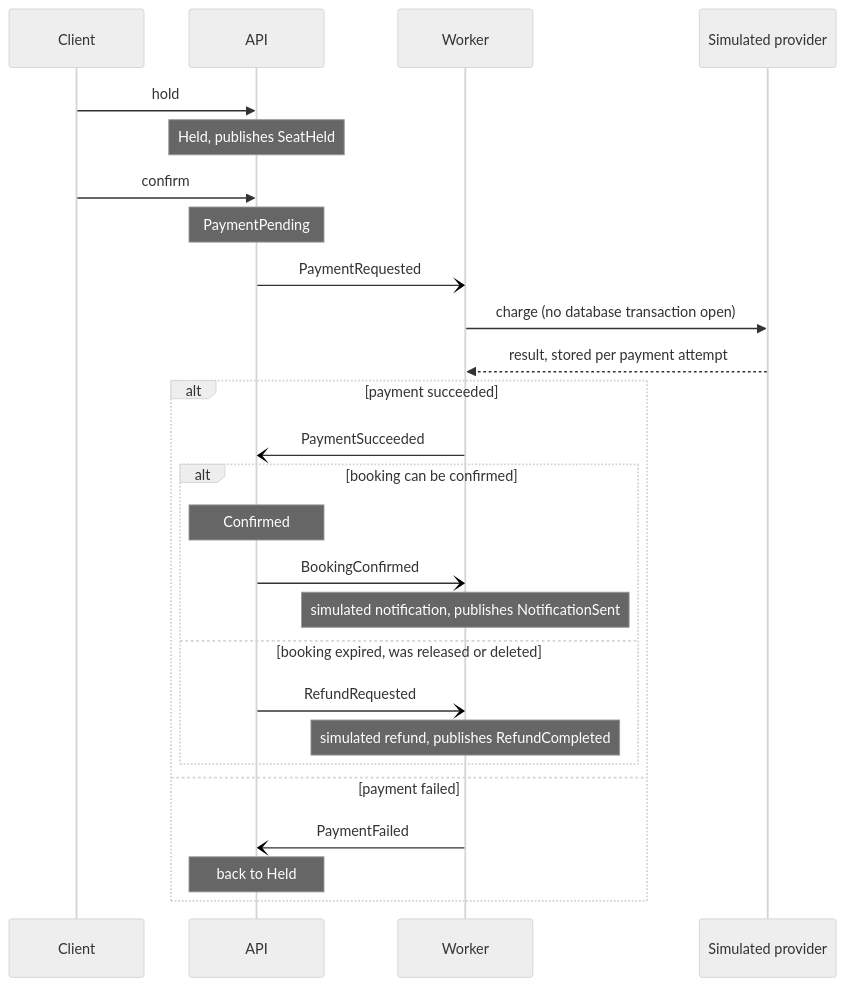
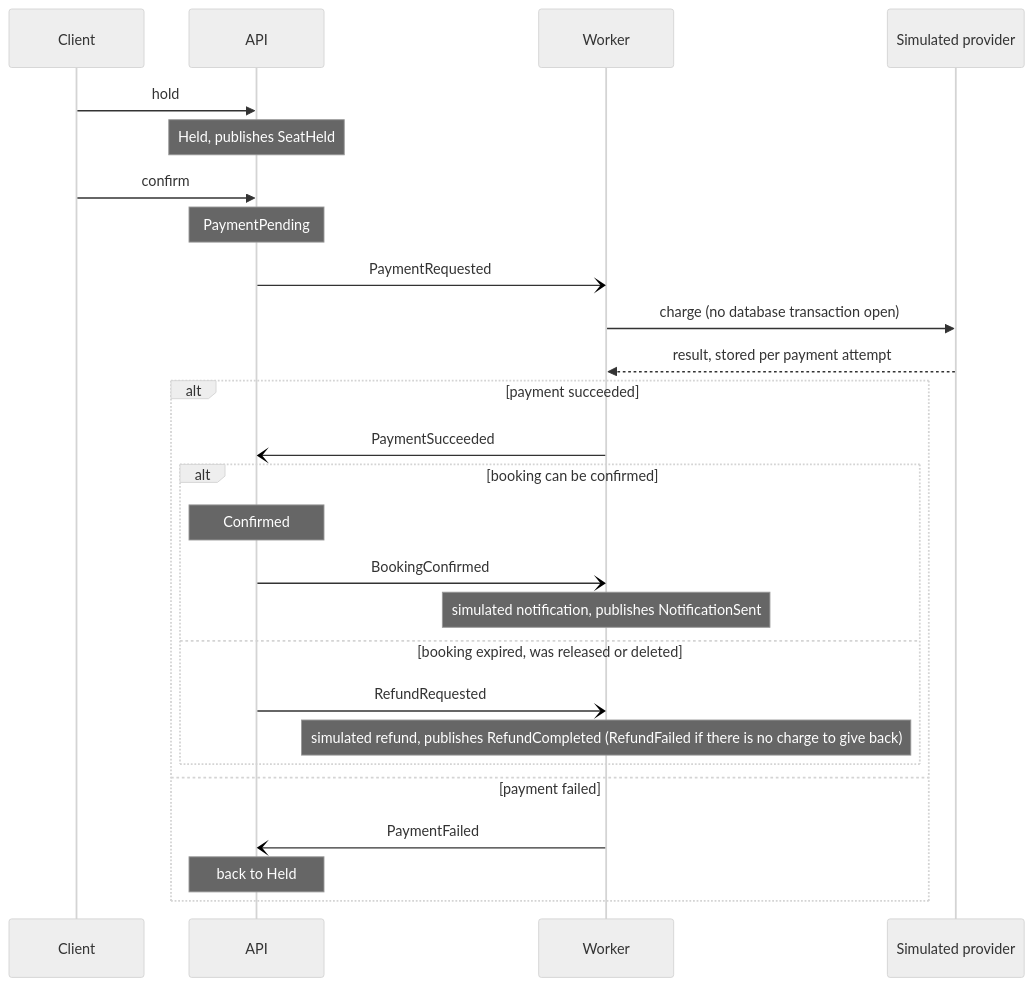
One commit to wingtion/SeatHive changed the diagram in README.md. Above: the diagram before and after it, drawn with Mermaid (neutral theme). The commit also changed other lines of this file and 25 other files, not shown here.

````diff
--- a/README.md
+++ b/README.md
@@ -61,29 +65,29 @@
 ```mermaid
 sequenceDiagram
     participant C as Client
     participant A as API
     participant W as Worker
     participant P as Simulated provider
 
     C->>A: hold
     Note over A: Held, publishes SeatHeld
     C->>A: confirm
     Note over A: PaymentPending
     A-)W: PaymentRequested
     W->>P: charge (no database transaction open)
     P-->>W: result, stored per payment attempt
     alt payment succeeded
         W-)A: PaymentSucceeded
         alt booking can be confirmed
             Note over A: Confirmed
             A-)W: BookingConfirmed
             Note over W: simulated notification, publishes NotificationSent
         else booking expired, was released or deleted
             A-)W: RefundRequested
-            Note over W: simulated refund, publishes RefundCompleted
+            Note over W: simulated refund, publishes RefundCompleted (RefundFailed if there is no charge to give back)
         end
     else payment failed
         W-)A: PaymentFailed
         Note over A: back to Held
     end
 ```
````
